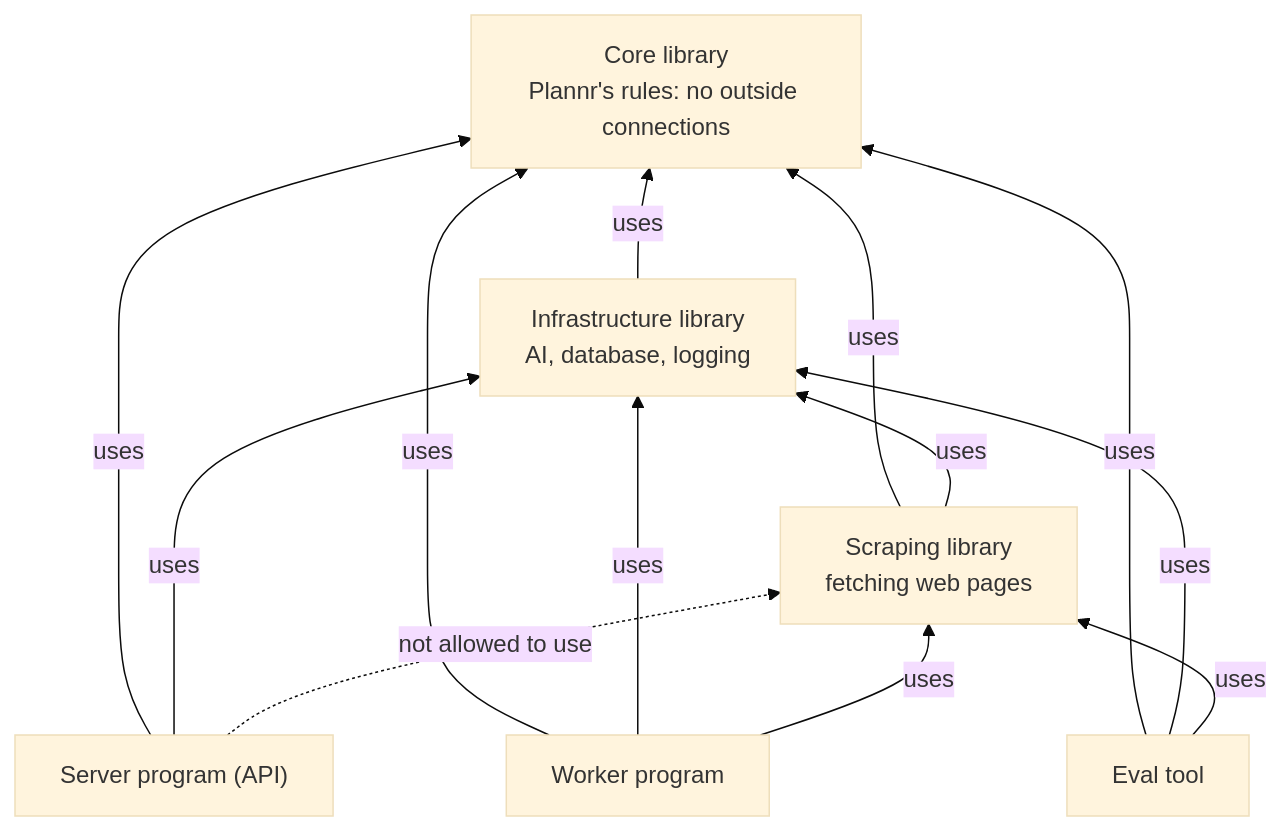
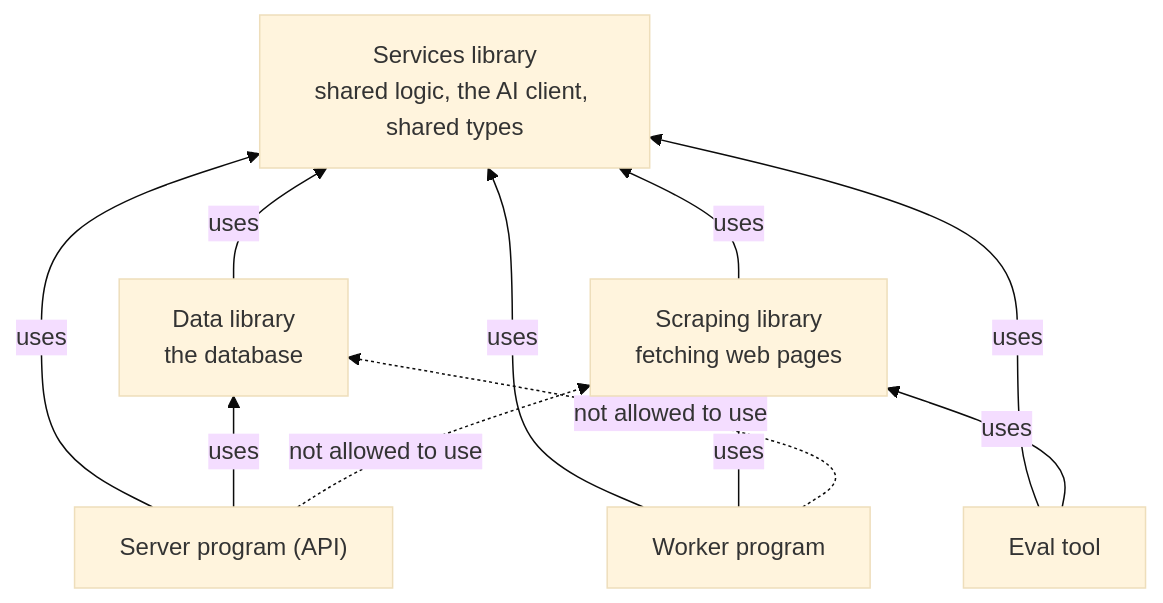
Before and after one commit to SunchokePasta/Plannr: the sixth of 14 diagrams in docs/architecture.md, drawn with Mermaid (base theme). The commit also changed other lines of this file and 4 other files, not shown here.

First line of the commit message:
Redraw the architecture page for the hand-offs; log 12a's fixes (12b)

````diff
--- a/docs/architecture.md
+++ b/docs/architecture.md
@@ -261,22 +309,20 @@
 ```mermaid
 flowchart BT
-  core["Core library<br/>Plannr's rules: no outside connections"]
-  infra["Infrastructure library<br/>AI, database, logging"]
+  svc["Services library<br/>shared logic, the AI client, shared types"]
   scrape["Scraping library<br/>fetching web pages"]
+  data["Data library<br/>the database"]
   api["Server program (API)"]
   worker["Worker program"]
   eval["Eval tool"]
 
-  infra -->|"uses"| core
-  scrape -->|"uses"| core
-  scrape -->|"uses"| infra
-  api -->|"uses"| core
-  api -->|"uses"| infra
-  worker -->|"uses"| core
-  worker -->|"uses"| infra
+  scrape -->|"uses"| svc
+  data -->|"uses"| svc
+  api -->|"uses"| svc
+  api -->|"uses"| data
+  worker -->|"uses"| svc
   worker -->|"uses"| scrape
-  eval -->|"uses"| core
-  eval -->|"uses"| infra
+  eval -->|"uses"| svc
   eval -->|"uses"| scrape
   api -.->|"not allowed to use"| scrape
+  worker -.->|"not allowed to use"| data
 ```
````
